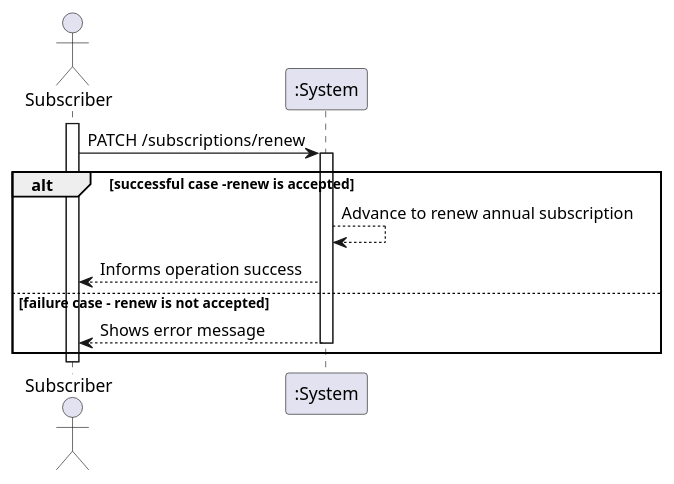
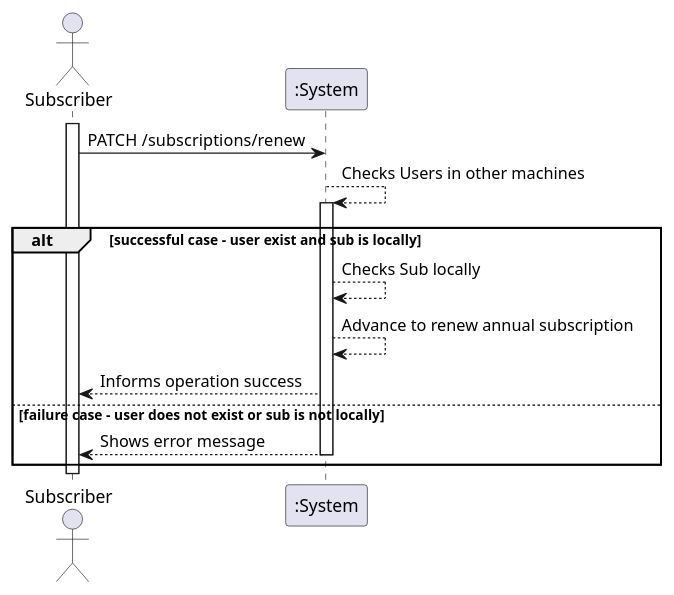
One commit to IsepMartimOliveira/SIDIS changed the diagram in docs_sidis/Subs/UC23 - RenewSubs/UC23-SSD.puml. Above: the diagram before and after it, drawn with PlantUML. The commit also changed 35 other files, not shown here.

```diff
--- a/docs_sidis/Subs/UC23 - RenewSubs/UC23-SSD.puml
+++ b/docs_sidis/Subs/UC23 - RenewSubs/UC23-SSD.puml
@@ -1,19 +1,23 @@
 @startuml
 'https://plantuml.com/sequence-diagram
 actor "Subscriber" as MD
 
 activate MD
 MD -> ":System" : PATCH /subscriptions/renew
-alt successful case -renew is accepted
+":System" --> ":System" : Checks Users in other machines
+
+alt successful case - user exist and sub is locally
 activate ":System"
+":System" --> ":System" : Checks Sub locally
+
 ":System" --> ":System" : Advance to renew annual subscription
 ":System" --> MD : Informs operation success
 
-else failure case - renew is not accepted
+else failure case - user does not exist or sub is not locally
 
 ":System" --> MD : Shows error message
 deactivate ":System"
 
 end
 deactivate MD
 @enduml
```
